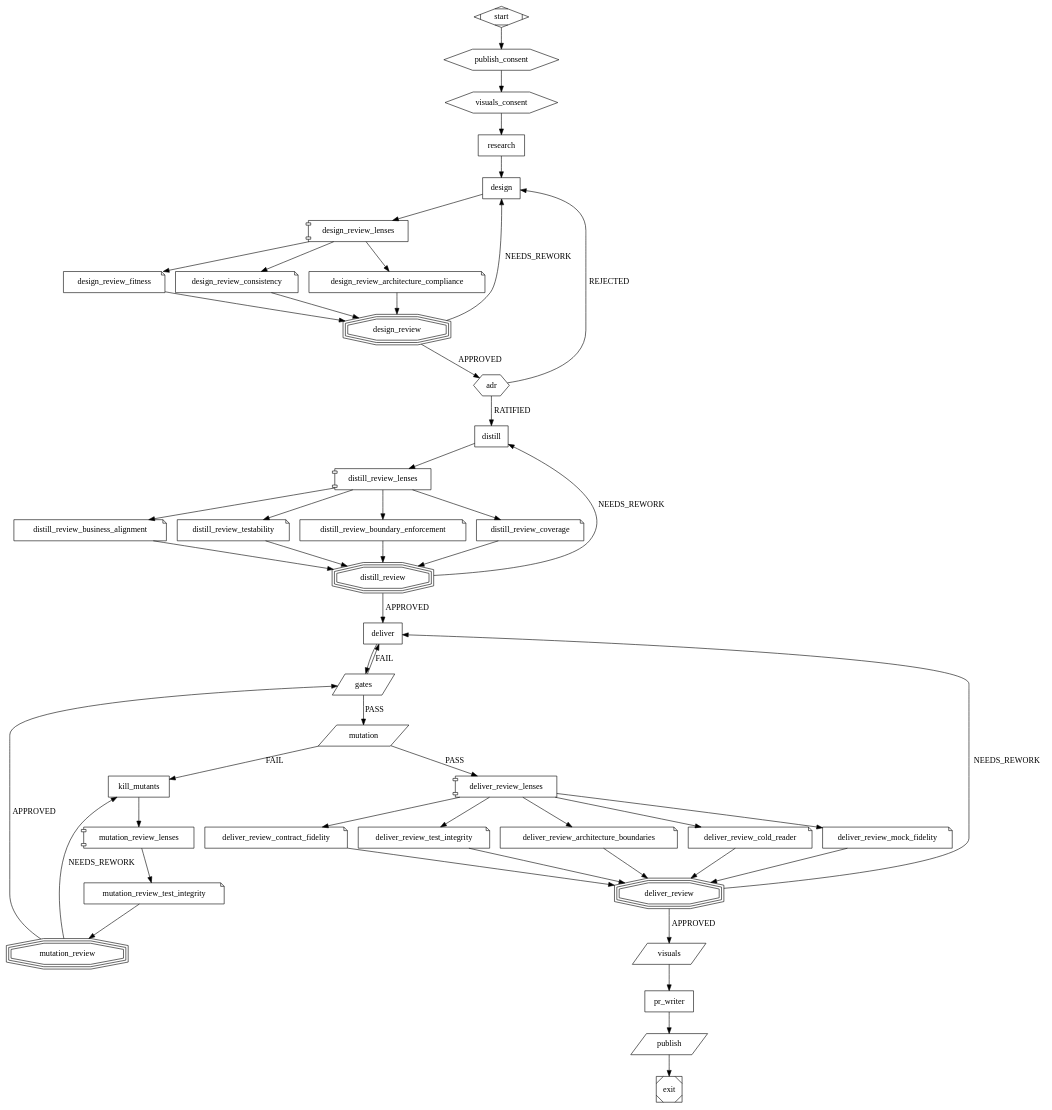
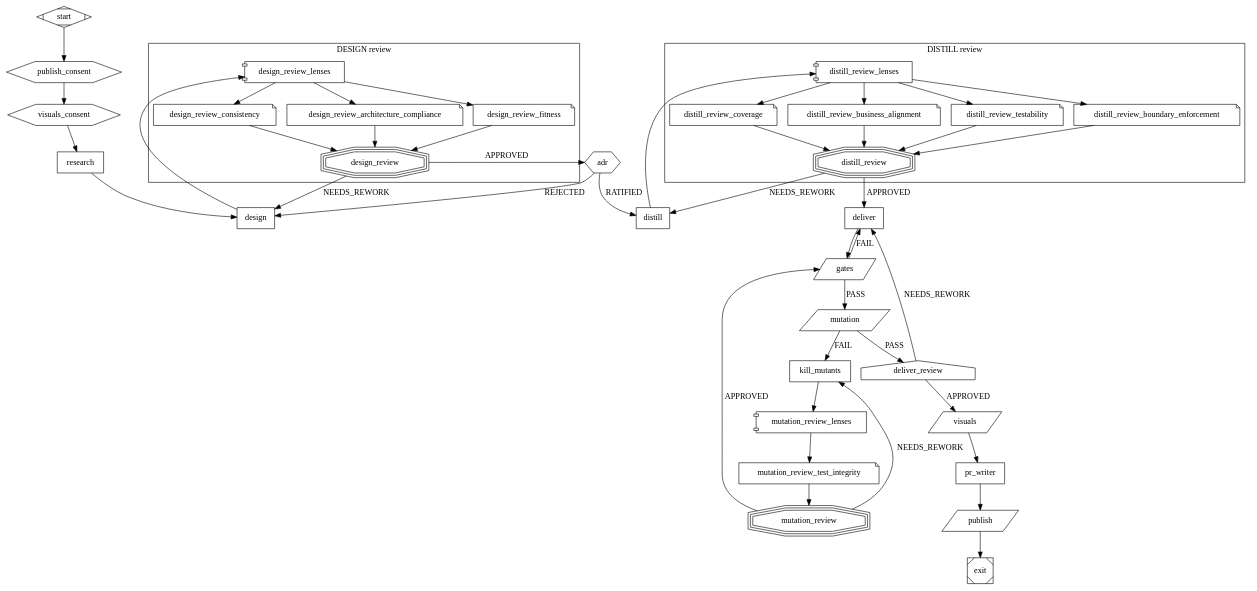
One commit to SebastienDegodez/skraft-plugin changed the diagram in plugins/skraft-framework/workflows/skraft.dot. Above: the diagram before and after it, drawn with Graphviz. The commit also changed 21 other files, not shown here.

First line of the commit message:
feat(engine): run the DELIVER review as a call to review.dot

```diff
--- a/plugins/skraft-framework/workflows/skraft.dot
+++ b/plugins/skraft-framework/workflows/skraft.dot
@@ -1,82 +1,82 @@
 // The skraft pipeline. Copy it into a repository with `skraft workflow eject`, then add
 // agents, lenses, gates or questions; `skraft workflow check` validates it, `skraft workflow diff`
 // compares it with this one. A node marked locked=true can only be dropped with unlock="<reason>"; a node marked
 // mandatory=true can never be dropped, bypassed or weakened, whatever the copy says.
 // A review fans out (shape=component) to one lens node per branch (shape=note, lens="<name>", run as the agent `<name>-lens`) and closes in a fan-in (shape=tripleoctagon) that refutes the findings, computes the verdict and carries the APPROVED and NEEDS_REWORK edges. A lens with when="mock" or when="contract" runs only when the changes touch mocks or contracts; one without when always runs. skraft-config.json's `assign` chooses each agent's model family, `models` what a family runs on per host; in an ejected copy, model= on an agent, a lens or a fan-in (for its lenses that name none) and refuter= on a fan-in name a family too, under `assign.agents`.
+// The DESIGN and DISTILL reviews sit in subgraph clusters, which only group them in a drawing.
+// A house calls another workflow (workflow="<file>", next to this one, else in the plugin) and leaves by the verdict it
+// returns: deliver_review runs review.dot, the review a pull request gets too. The called workflow declares its inputs
+// (input_<name>="required" or "optional"); the call binds each one by name to what the run holds (base, head, story,
+// documents, components), with_<name>="<value>" binding it to another. A called workflow calls no other.
 // A hexagon asks a human: the run waits until `skraft decide` answers.
 // A parallelogram with publish="pull-request" pushes the branch and opens or updates its pull request, with the consent publish-consent asked.
 // A parallelogram with publish="playwright-visuals" runs each front end's e2e command and commits the screenshots its manifest lists, with the consent reporting-consent asked; when="frontend" skips it without a front end.
 // each="survivor-file" runs an agent once per file holding mutants the mutation gate left alive.
 digraph skraft {
   graph [version="2", goal="Deliver the story"]
 
   start    [shape=Mdiamond]
   publish_consent [shape=hexagon, question="publish-consent", phase="RESEARCH"]
   visuals_consent [shape=hexagon, question="reporting-consent"]
   research [shape=box, agent="solution-researcher", phase="RESEARCH"]
   design   [shape=box, agent="solution-architect", phase="DESIGN"]
-  design_review_lenses [shape=component]
-  design_review_consistency [shape=note, lens="consistency"]
-  design_review_architecture_compliance [shape=note, lens="architecture-compliance"]
-  design_review_fitness [shape=note, lens="fitness"]
-  design_review [shape=tripleoctagon, mandatory=true]
+  subgraph cluster_design_review {
+    label="DESIGN review"
+    design_review_lenses [shape=component]
+    design_review_consistency [shape=note, lens="consistency"]
+    design_review_architecture_compliance [shape=note, lens="architecture-compliance"]
+    design_review_fitness [shape=note, lens="fitness"]
+    design_review [shape=tripleoctagon, mandatory=true]
+  }
   adr      [shape=hexagon, question="adr-ratification"]
   distill  [shape=box, agent="acceptance-designer", phase="DISTILL"]
-  distill_review_lenses [shape=component]
-  distill_review_coverage [shape=note, lens="coverage"]
-  distill_review_business_alignment [shape=note, lens="business-alignment"]
-  distill_review_testability [shape=note, lens="testability"]
-  distill_review_boundary_enforcement [shape=note, lens="boundary-enforcement"]
-  distill_review [shape=tripleoctagon, mandatory=true]
+  subgraph cluster_distill_review {
+    label="DISTILL review"
+    distill_review_lenses [shape=component]
+    distill_review_coverage [shape=note, lens="coverage"]
+    distill_review_business_alignment [shape=note, lens="business-alignment"]
+    distill_review_testability [shape=note, lens="testability"]
+    distill_review_boundary_enforcement [shape=note, lens="boundary-enforcement"]
+    distill_review [shape=tripleoctagon, mandatory=true]
+  }
   deliver  [shape=box, agent="software-engineer", phase="DELIVER"]
   gates    [shape=parallelogram, gate="build,format,lint,test,architecture,coverage", goal_gate=true, locked=true, phase="DELIVER"]
   mutation [shape=parallelogram, gate="mutation", goal_gate=true, locked=true]
   kill_mutants [shape=box, agent="software-engineer", each="survivor-file"]
   mutation_review_lenses [shape=component]
   mutation_review_test_integrity [shape=note, lens="test-integrity"]
   mutation_review [shape=tripleoctagon, mandatory=true]
-  deliver_review_lenses [shape=component]
-  deliver_review_test_integrity [shape=note, lens="test-integrity", mandatory=true]
-  deliver_review_architecture_boundaries [shape=note, lens="architecture-boundaries", mandatory=true]
-  deliver_review_cold_reader [shape=note, lens="cold-reader"]
-  deliver_review_mock_fidelity [shape=note, lens="mock-fidelity", when="mock"]
-  deliver_review_contract_fidelity [shape=note, lens="contract-fidelity", when="contract"]
-  deliver_review [shape=tripleoctagon, mandatory=true]
+  deliver_review [shape=house, workflow="review.dot", mandatory=true]
   visuals  [shape=parallelogram, publish="playwright-visuals", when="frontend"]
   pr_writer [shape=box, agent="pr-writer", phase="PUBLISH"]
   publish  [shape=parallelogram, publish="pull-request"]
   exit     [shape=Msquare]
 
   start -> publish_consent -> visuals_consent -> research -> design -> design_review_lenses
   design_review_lenses -> design_review_consistency -> design_review
   design_review_lenses -> design_review_architecture_compliance -> design_review
   design_review_lenses -> design_review_fitness -> design_review
   design_review -> design  [label="NEEDS_REWORK", max_visits=3]
   design_review -> adr     [label="APPROVED"]
   adr -> distill   [label="RATIFIED"]
   adr -> design    [label="REJECTED", max_visits=3]
   distill -> distill_review_lenses
   distill_review_lenses -> distill_review_coverage -> distill_review
   distill_review_lenses -> distill_review_business_alignment -> distill_review
   distill_review_lenses -> distill_review_testability -> distill_review
   distill_review_lenses -> distill_review_boundary_enforcement -> distill_review
   distill_review -> distill [label="NEEDS_REWORK", max_visits=3]
   distill_review -> deliver [label="APPROVED"]
   deliver -> gates
   gates -> deliver [label="FAIL", max_visits=3]
   gates -> mutation [label="PASS"]
   mutation -> kill_mutants [label="FAIL", max_visits=5]
   kill_mutants -> mutation_review_lenses
   mutation_review_lenses -> mutation_review_test_integrity -> mutation_review
   mutation_review -> kill_mutants [label="NEEDS_REWORK", max_visits=3]
   mutation_review -> gates [label="APPROVED"]
-  mutation -> deliver_review_lenses [label="PASS"]
-  deliver_review_lenses -> deliver_review_test_integrity -> deliver_review
-  deliver_review_lenses -> deliver_review_architecture_boundaries -> deliver_review
-  deliver_review_lenses -> deliver_review_cold_reader -> deliver_review
-  deliver_review_lenses -> deliver_review_mock_fidelity -> deliver_review
-  deliver_review_lenses -> deliver_review_contract_fidelity -> deliver_review
+  mutation -> deliver_review [label="PASS"]
   deliver_review -> deliver [label="NEEDS_REWORK", max_visits=3]
   deliver_review -> visuals [label="APPROVED"]
   visuals -> pr_writer -> publish -> exit
 }
```
